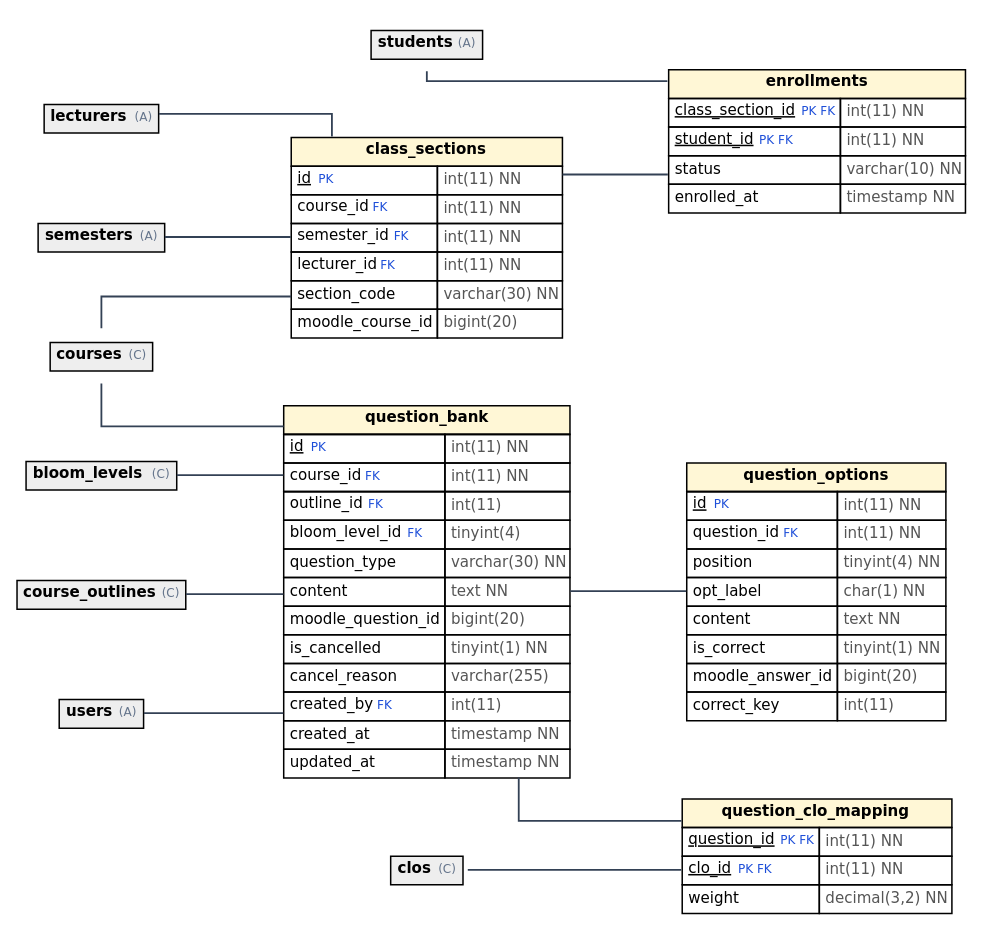
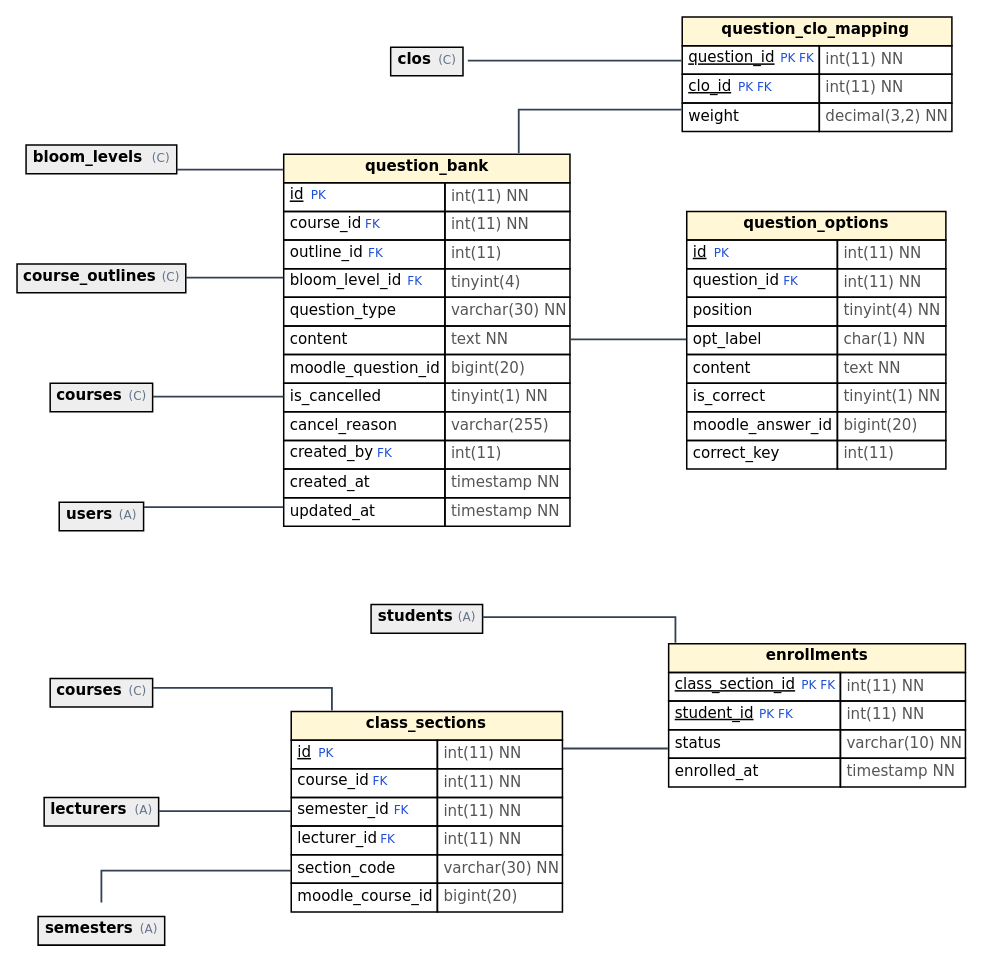
One commit to NguyenTanYen/TLCN changed the diagram in docs/diagrams/erd_E.dot. Above: the diagram before and after it, drawn with Graphviz. The commit also changed 11698 other files, not shown here.

```diff
--- a/docs/diagrams/erd_E.dot
+++ b/docs/diagrams/erd_E.dot
@@ -1,28 +1,29 @@
 digraph G { rankdir=LR; graph [fontname="DejaVu Sans", splines=ortho, nodesep=0.6, ranksep=0.9 ];
 node [shape=none, margin=0, fontname="DejaVu Sans", fontsize=10]; edge [color="#334155", penwidth=1.2, dir=none];
 "class_sections" [label=<<table border="0" cellborder="1" cellspacing="0" cellpadding="3"><tr><td bgcolor="#FFF7D6" colspan="2"><b>class_sections</b></td></tr><tr><td align="left" port="id"><u>id</u> <font color="#1d4ed8" point-size="8">PK</font></td><td align="left"><font color="#555555">int(11) NN</font></td></tr><tr><td align="left" port="course_id">course_id <font color="#1d4ed8" point-size="8">FK</font></td><td align="left"><font color="#555555">int(11) NN</font></td></tr><tr><td align="left" port="semester_id">semester_id <font color="#1d4ed8" point-size="8">FK</font></td><td align="left"><font color="#555555">int(11) NN</font></td></tr><tr><td align="left" port="lecturer_id">lecturer_id <font color="#1d4ed8" point-size="8">FK</font></td><td align="left"><font color="#555555">int(11) NN</font></td></tr><tr><td align="left" port="section_code">section_code</td><td align="left"><font color="#555555">varchar(30) NN</font></td></tr><tr><td align="left" port="moodle_course_id">moodle_course_id</td><td align="left"><font color="#555555">bigint(20)</font></td></tr></table>>];
 "enrollments" [label=<<table border="0" cellborder="1" cellspacing="0" cellpadding="3"><tr><td bgcolor="#FFF7D6" colspan="2"><b>enrollments</b></td></tr><tr><td align="left" port="class_section_id"><u>class_section_id</u> <font color="#1d4ed8" point-size="8">PK FK</font></td><td align="left"><font color="#555555">int(11) NN</font></td></tr><tr><td align="left" port="student_id"><u>student_id</u> <font color="#1d4ed8" point-size="8">PK FK</font></td><td align="left"><font color="#555555">int(11) NN</font></td></tr><tr><td align="left" port="status">status</td><td align="left"><font color="#555555">varchar(10) NN</font></td></tr><tr><td align="left" port="enrolled_at">enrolled_at</td><td align="left"><font color="#555555">timestamp NN</font></td></tr></table>>];
 "question_bank" [label=<<table border="0" cellborder="1" cellspacing="0" cellpadding="3"><tr><td bgcolor="#FFF7D6" colspan="2"><b>question_bank</b></td></tr><tr><td align="left" port="id"><u>id</u> <font color="#1d4ed8" point-size="8">PK</font></td><td align="left"><font color="#555555">int(11) NN</font></td></tr><tr><td align="left" port="course_id">course_id <font color="#1d4ed8" point-size="8">FK</font></td><td align="left"><font color="#555555">int(11) NN</font></td></tr><tr><td align="left" port="outline_id">outline_id <font color="#1d4ed8" point-size="8">FK</font></td><td align="left"><font color="#555555">int(11)</font></td></tr><tr><td align="left" port="bloom_level_id">bloom_level_id <font color="#1d4ed8" point-size="8">FK</font></td><td align="left"><font color="#555555">tinyint(4)</font></td></tr><tr><td align="left" port="question_type">question_type</td><td align="left"><font color="#555555">varchar(30) NN</font></td></tr><tr><td align="left" port="content">content</td><td align="left"><font color="#555555">text NN</font></td></tr><tr><td align="left" port="moodle_question_id">moodle_question_id</td><td align="left"><font color="#555555">bigint(20)</font></td></tr><tr><td align="left" port="is_cancelled">is_cancelled</td><td align="left"><font color="#555555">tinyint(1) NN</font></td></tr><tr><td align="left" port="cancel_reason">cancel_reason</td><td align="left"><font color="#555555">varchar(255)</font></td></tr><tr><td align="left" port="created_by">created_by <font color="#1d4ed8" point-size="8">FK</font></td><td align="left"><font color="#555555">int(11)</font></td></tr><tr><td align="left" port="created_at">created_at</td><td align="left"><font color="#555555">timestamp NN</font></td></tr><tr><td align="left" port="updated_at">updated_at</td><td align="left"><font color="#555555">timestamp NN</font></td></tr></table>>];
 "question_options" [label=<<table border="0" cellborder="1" cellspacing="0" cellpadding="3"><tr><td bgcolor="#FFF7D6" colspan="2"><b>question_options</b></td></tr><tr><td align="left" port="id"><u>id</u> <font color="#1d4ed8" point-size="8">PK</font></td><td align="left"><font color="#555555">int(11) NN</font></td></tr><tr><td align="left" port="question_id">question_id <font color="#1d4ed8" point-size="8">FK</font></td><td align="left"><font color="#555555">int(11) NN</font></td></tr><tr><td align="left" port="position">position</td><td align="left"><font color="#555555">tinyint(4) NN</font></td></tr><tr><td align="left" port="opt_label">opt_label</td><td align="left"><font color="#555555">char(1) NN</font></td></tr><tr><td align="left" port="content">content</td><td align="left"><font color="#555555">text NN</font></td></tr><tr><td align="left" port="is_correct">is_correct</td><td align="left"><font color="#555555">tinyint(1) NN</font></td></tr><tr><td align="left" port="moodle_answer_id">moodle_answer_id</td><td align="left"><font color="#555555">bigint(20)</font></td></tr><tr><td align="left" port="correct_key">correct_key</td><td align="left"><font color="#555555">int(11)</font></td></tr></table>>];
 "question_clo_mapping" [label=<<table border="0" cellborder="1" cellspacing="0" cellpadding="3"><tr><td bgcolor="#FFF7D6" colspan="2"><b>question_clo_mapping</b></td></tr><tr><td align="left" port="question_id"><u>question_id</u> <font color="#1d4ed8" point-size="8">PK FK</font></td><td align="left"><font color="#555555">int(11) NN</font></td></tr><tr><td align="left" port="clo_id"><u>clo_id</u> <font color="#1d4ed8" point-size="8">PK FK</font></td><td align="left"><font color="#555555">int(11) NN</font></td></tr><tr><td align="left" port="weight">weight</td><td align="left"><font color="#555555">decimal(3,2) NN</font></td></tr></table>>];
-"bloom_levels" [label=<<table border="0" cellborder="1" cellspacing="0" cellpadding="3"><tr><td bgcolor="#EEEEEE" colspan="2"><b>bloom_levels</b> <font point-size="8" color="#64748b">(C)</font></td></tr></table>>];
-"clos" [label=<<table border="0" cellborder="1" cellspacing="0" cellpadding="3"><tr><td bgcolor="#EEEEEE" colspan="2"><b>clos</b> <font point-size="8" color="#64748b">(C)</font></td></tr></table>>];
-"course_outlines" [label=<<table border="0" cellborder="1" cellspacing="0" cellpadding="3"><tr><td bgcolor="#EEEEEE" colspan="2"><b>course_outlines</b> <font point-size="8" color="#64748b">(C)</font></td></tr></table>>];
-"courses" [label=<<table border="0" cellborder="1" cellspacing="0" cellpadding="3"><tr><td bgcolor="#EEEEEE" colspan="2"><b>courses</b> <font point-size="8" color="#64748b">(C)</font></td></tr></table>>];
-"lecturers" [label=<<table border="0" cellborder="1" cellspacing="0" cellpadding="3"><tr><td bgcolor="#EEEEEE" colspan="2"><b>lecturers</b> <font point-size="8" color="#64748b">(A)</font></td></tr></table>>];
-"semesters" [label=<<table border="0" cellborder="1" cellspacing="0" cellpadding="3"><tr><td bgcolor="#EEEEEE" colspan="2"><b>semesters</b> <font point-size="8" color="#64748b">(A)</font></td></tr></table>>];
-"students" [label=<<table border="0" cellborder="1" cellspacing="0" cellpadding="3"><tr><td bgcolor="#EEEEEE" colspan="2"><b>students</b> <font point-size="8" color="#64748b">(A)</font></td></tr></table>>];
-"users" [label=<<table border="0" cellborder="1" cellspacing="0" cellpadding="3"><tr><td bgcolor="#EEEEEE" colspan="2"><b>users</b> <font point-size="8" color="#64748b">(A)</font></td></tr></table>>];
+"bloom_levels@question_bank" [label=<<table border="0" cellborder="1" cellspacing="0" cellpadding="3"><tr><td bgcolor="#EEEEEE" colspan="2"><b>bloom_levels</b> <font point-size="8" color="#64748b">(C)</font></td></tr></table>>];
+"clos@question_clo_mapping" [label=<<table border="0" cellborder="1" cellspacing="0" cellpadding="3"><tr><td bgcolor="#EEEEEE" colspan="2"><b>clos</b> <font point-size="8" color="#64748b">(C)</font></td></tr></table>>];
+"course_outlines@question_bank" [label=<<table border="0" cellborder="1" cellspacing="0" cellpadding="3"><tr><td bgcolor="#EEEEEE" colspan="2"><b>course_outlines</b> <font point-size="8" color="#64748b">(C)</font></td></tr></table>>];
+"courses@class_sections" [label=<<table border="0" cellborder="1" cellspacing="0" cellpadding="3"><tr><td bgcolor="#EEEEEE" colspan="2"><b>courses</b> <font point-size="8" color="#64748b">(C)</font></td></tr></table>>];
+"courses@question_bank" [label=<<table border="0" cellborder="1" cellspacing="0" cellpadding="3"><tr><td bgcolor="#EEEEEE" colspan="2"><b>courses</b> <font point-size="8" color="#64748b">(C)</font></td></tr></table>>];
+"lecturers@class_sections" [label=<<table border="0" cellborder="1" cellspacing="0" cellpadding="3"><tr><td bgcolor="#EEEEEE" colspan="2"><b>lecturers</b> <font point-size="8" color="#64748b">(A)</font></td></tr></table>>];
+"semesters@class_sections" [label=<<table border="0" cellborder="1" cellspacing="0" cellpadding="3"><tr><td bgcolor="#EEEEEE" colspan="2"><b>semesters</b> <font point-size="8" color="#64748b">(A)</font></td></tr></table>>];
+"students@enrollments" [label=<<table border="0" cellborder="1" cellspacing="0" cellpadding="3"><tr><td bgcolor="#EEEEEE" colspan="2"><b>students</b> <font point-size="8" color="#64748b">(A)</font></td></tr></table>>];
+"users@question_bank" [label=<<table border="0" cellborder="1" cellspacing="0" cellpadding="3"><tr><td bgcolor="#EEEEEE" colspan="2"><b>users</b> <font point-size="8" color="#64748b">(A)</font></td></tr></table>>];
 "question_bank" -> "question_options" [id="fk__question_bank__question_options__question_id"];
 "class_sections" -> "enrollments" [id="fk__class_sections__enrollments__class_section_id"];
-"students" -> "enrollments" [id="fk__students__enrollments__student_id"];
-"clos" -> "question_clo_mapping" [id="fk__clos__question_clo_mapping__clo_id"];
+"students@enrollments" -> "enrollments" [id="fk__students@enrollments__enrollments__student_id"];
+"clos@question_clo_mapping" -> "question_clo_mapping" [id="fk__clos@question_clo_mapping__question_clo_mapping__clo_id"];
 "question_bank" -> "question_clo_mapping" [id="fk__question_bank__question_clo_mapping__question_id"];
-"courses" -> "class_sections" [id="fk__courses__class_sections__course_id"];
-"lecturers" -> "class_sections" [id="fk__lecturers__class_sections__lecturer_id"];
-"semesters" -> "class_sections" [id="fk__semesters__class_sections__semester_id"];
-"bloom_levels" -> "question_bank" [id="fk__bloom_levels__question_bank__bloom_level_id"];
-"courses" -> "question_bank" [id="fk__courses__question_bank__course_id"];
-"users" -> "question_bank" [id="fk__users__question_bank__created_by"];
-"course_outlines" -> "question_bank" [id="fk__course_outlines__question_bank__outline_id"];
+"courses@class_sections" -> "class_sections" [id="fk__courses@class_sections__class_sections__course_id"];
+"lecturers@class_sections" -> "class_sections" [id="fk__lecturers@class_sections__class_sections__lecturer_id"];
+"semesters@class_sections" -> "class_sections" [id="fk__semesters@class_sections__class_sections__semester_id"];
+"bloom_levels@question_bank" -> "question_bank" [id="fk__bloom_levels@question_bank__question_bank__bloom_level_id"];
+"courses@question_bank" -> "question_bank" [id="fk__courses@question_bank__question_bank__course_id"];
+"users@question_bank" -> "question_bank" [id="fk__users@question_bank__question_bank__created_by"];
+"course_outlines@question_bank" -> "question_bank" [id="fk__course_outlines@question_bank__question_bank__outline_id"];
 }
```
